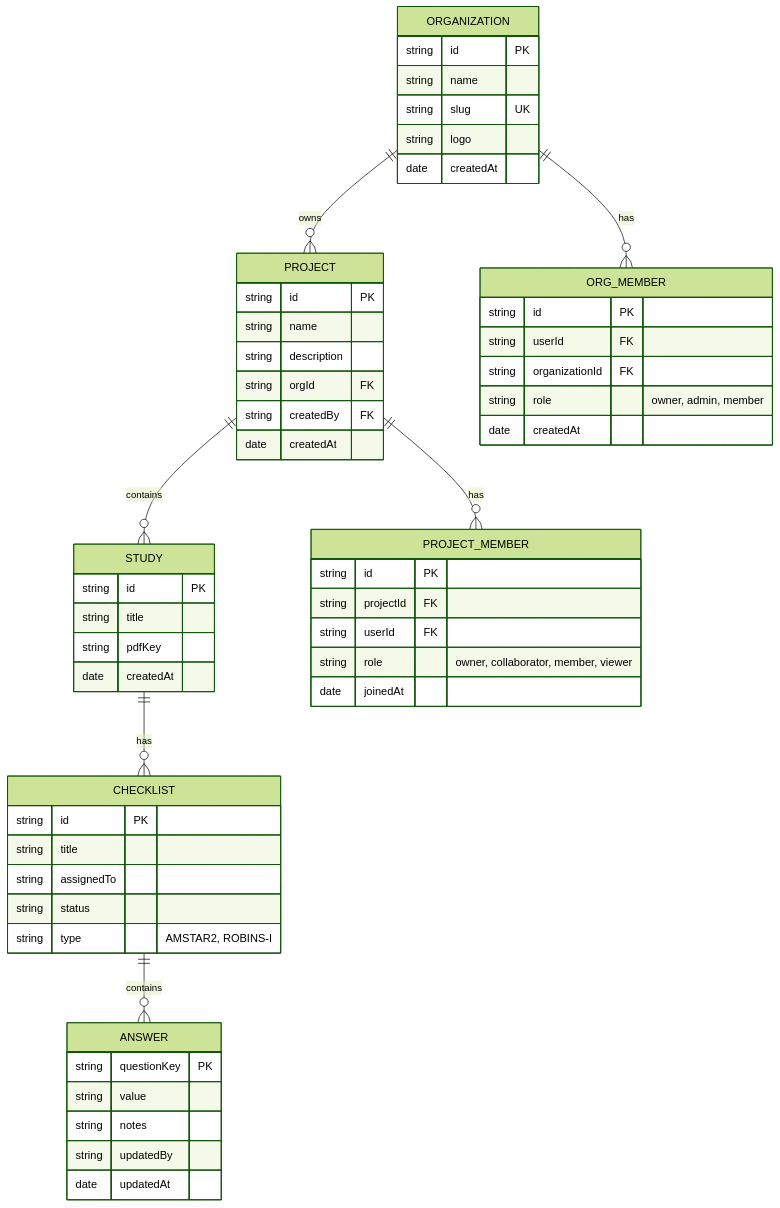
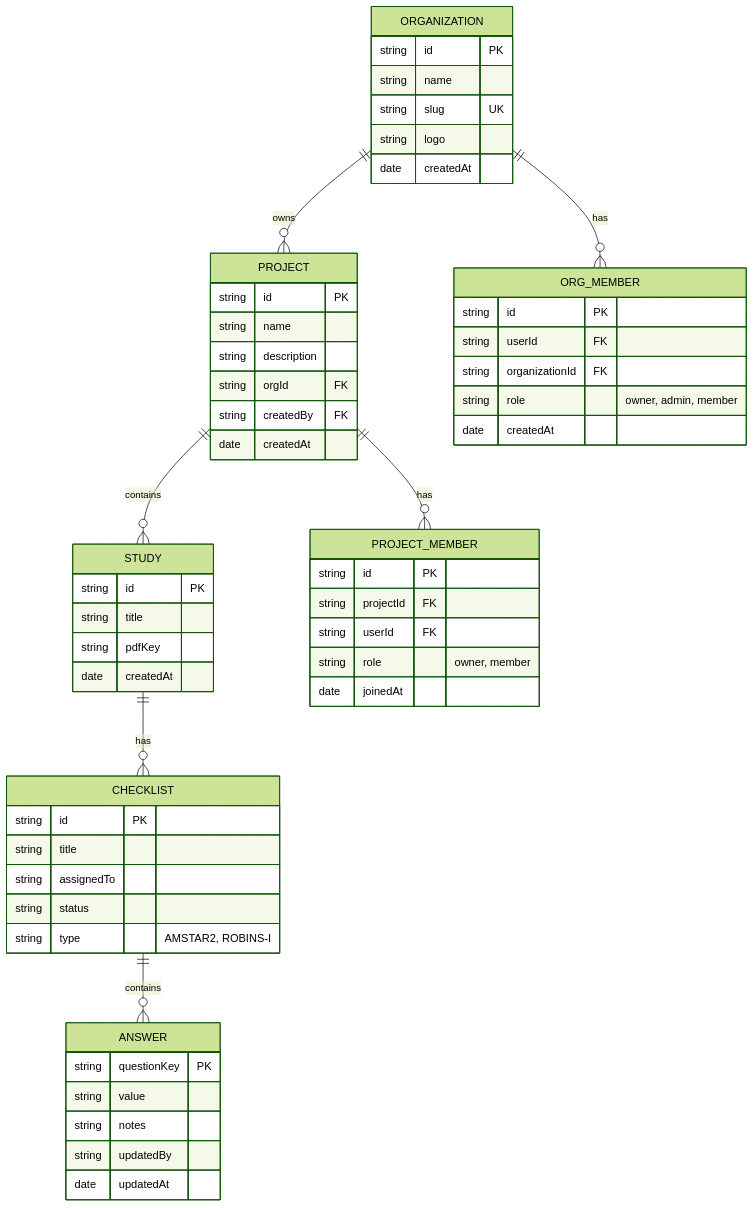
One commit to InfinityBowman/corates changed the diagram in packages/docs/architecture/diagrams/04-data-model.md. Above: the diagram before and after it, drawn with Mermaid (forest theme). The commit also changed other lines of this file and 17 other files, not shown here.

````diff
--- a/packages/docs/architecture/diagrams/04-data-model.md
+++ b/packages/docs/architecture/diagrams/04-data-model.md
@@ -5,65 +5,65 @@
 ```mermaid
 erDiagram
     ORGANIZATION ||--o{ PROJECT : owns
     ORGANIZATION ||--o{ ORG_MEMBER : has
     PROJECT ||--o{ STUDY : contains
     PROJECT ||--o{ PROJECT_MEMBER : has
     STUDY ||--o{ CHECKLIST : has
     CHECKLIST ||--o{ ANSWER : contains
 
     ORGANIZATION {
         string id PK
         string name
         string slug UK
         string logo
         date createdAt
     }
 
     ORG_MEMBER {
         string id PK
         string userId FK
         string organizationId FK
         string role "owner, admin, member"
         date createdAt
     }
 
     PROJECT {
         string id PK
         string name
         string description
         string orgId FK
         string createdBy FK
         date createdAt
     }
 
     PROJECT_MEMBER {
         string id PK
         string projectId FK
         string userId FK
-        string role "owner, collaborator, member, viewer"
+        string role "owner, member"
         date joinedAt
     }
 
     STUDY {
         string id PK
         string title
         string pdfKey
         date createdAt
     }
 
     CHECKLIST {
         string id PK
         string title
         string assignedTo
         string status
         string type "AMSTAR2, ROBINS-I"
     }
 
     ANSWER {
         string questionKey PK
         string value
         string notes
         string updatedBy
         date updatedAt
     }
 ```
````
